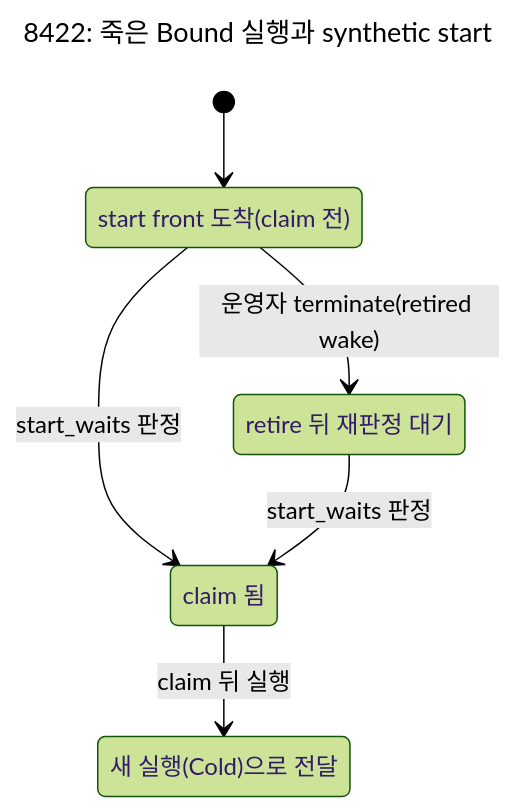
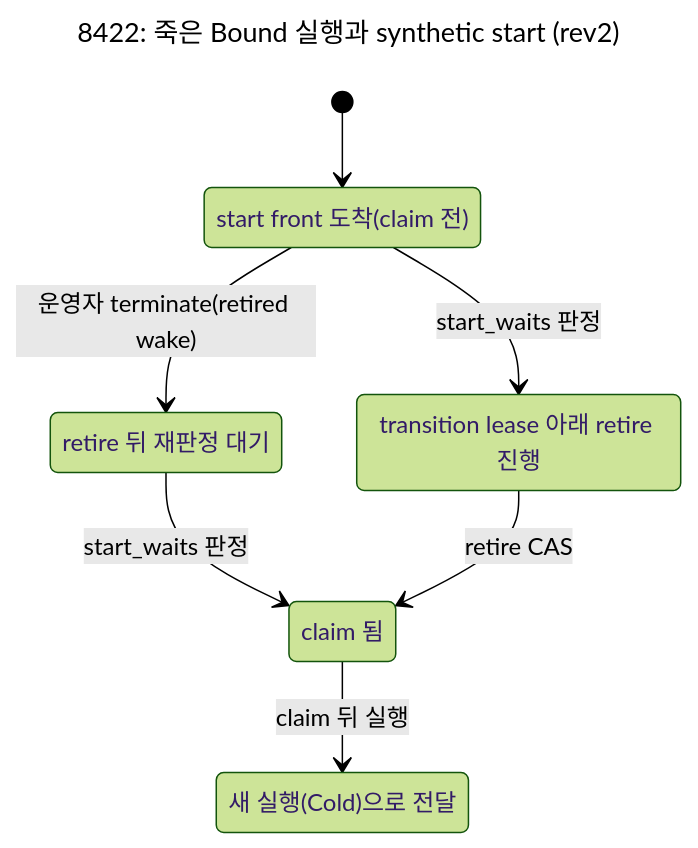
Before and after one commit to itismyfield/AgentDesk: the diagram in docs/statecharts/input-single-path/herdr-synthetic-start.chart.mmd, drawn with Mermaid (forest theme). The commit also changed 7 other files, not shown here.

Commit message:
docs(design): #8422 설계 rev2 — Codex 공통 recovery·transition lease·거절 Failed 정산·inflight _result·비용 정정

```diff
--- a/docs/statecharts/input-single-path/herdr-synthetic-start.chart.mmd
+++ b/docs/statecharts/input-single-path/herdr-synthetic-start.chart.mmd
@@ -1,13 +1,15 @@
 ---
-title: "8422: 죽은 Bound 실행과 synthetic start"
+title: "8422: 죽은 Bound 실행과 synthetic start (rev2)"
 ---
 stateDiagram-v2
   s0: start front 도착(claim 전)
-  s1: claim 됨
-  s2: retire 뒤 재판정 대기
-  s3: 새 실행(Cold)으로 전달
+  s1: retire 뒤 재판정 대기
+  s2: transition lease 아래 retire 진행
+  s3: claim 됨
+  s4: 새 실행(Cold)으로 전달
   [*] --> s0
-  s0 --> s1: start_waits 판정
-  s0 --> s2: 운영자 terminate(retired wake)
-  s1 --> s3: claim 뒤 실행
-  s2 --> s1: start_waits 판정
+  s0 --> s1: 운영자 terminate(retired wake)
+  s0 --> s2: start_waits 판정
+  s1 --> s3: start_waits 판정
+  s2 --> s3: retire CAS
+  s3 --> s4: claim 뒤 실행
```
